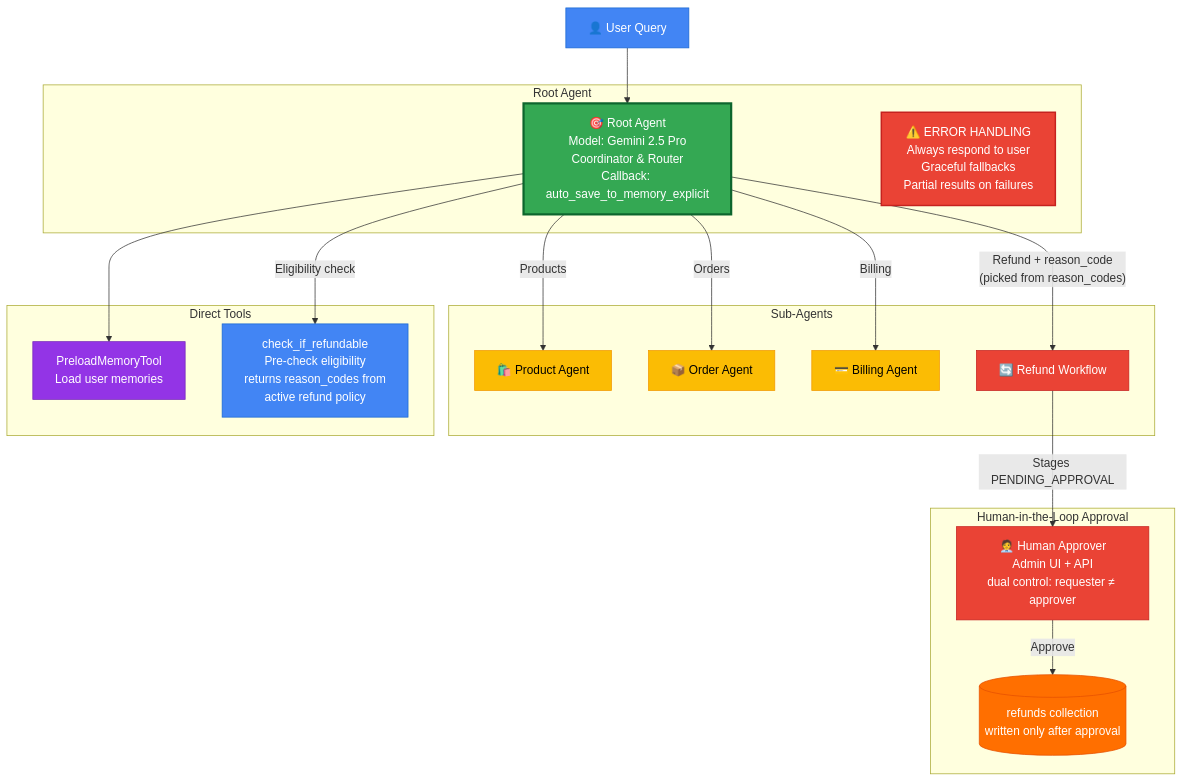
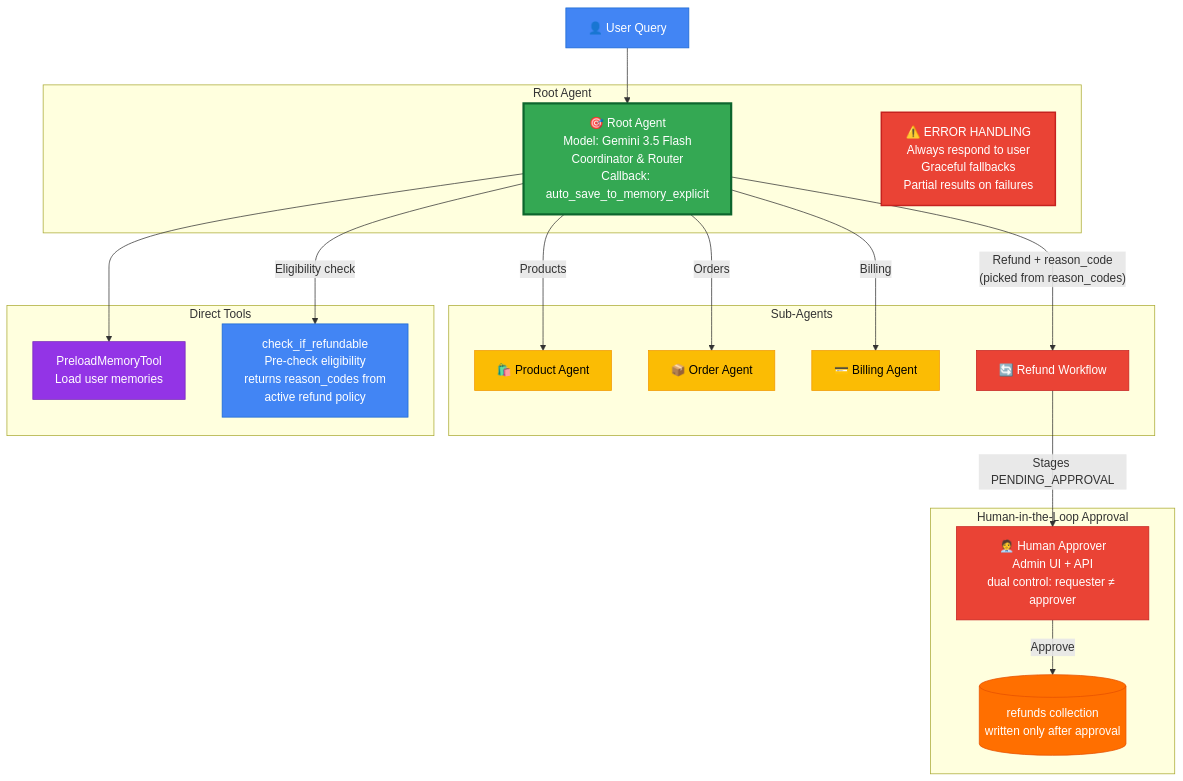
One commit to Saoussen-CH/adk-multiagent-production-template changed the diagram in docs/diagrams/root-agent.mmd. Above: the diagram before and after it, drawn with Mermaid. The commit also changed 10 other files, not shown here.

First line of the commit message:
docs: update stale Gemini 2.5 Pro/Flash references to 3.5 Flash

```diff
--- a/docs/diagrams/root-agent.mmd
+++ b/docs/diagrams/root-agent.mmd
@@ -1,49 +1,49 @@
 %% Root Agent Architecture
 %% Google Cloud Platform Style
 
 graph TB
     subgraph "Root Agent"
-        Agent[🎯 Root Agent<br/>Model: Gemini 2.5 Pro<br/>Coordinator & Router<br/>Callback: auto_save_to_memory_explicit]
+        Agent[🎯 Root Agent<br/>Model: Gemini 3.5 Flash<br/>Coordinator & Router<br/>Callback: auto_save_to_memory_explicit]
         ErrorHandling[⚠️ ERROR HANDLING<br/>Always respond to user<br/>Graceful fallbacks<br/>Partial results on failures]
     end
 
     subgraph "Sub-Agents"
         Product[🛍️ Product Agent]
         Order[📦 Order Agent]
         Billing[💳 Billing Agent]
         Refund[🔄 Refund Workflow]
     end
 
     subgraph "Direct Tools"
         PreloadMem[PreloadMemoryTool<br/>Load user memories]
         CheckRefundable[check_if_refundable<br/>Pre-check eligibility<br/>returns reason_codes from<br/>active refund policy]
     end
 
     subgraph "Human-in-the-Loop Approval"
         Approver[🧑‍💼 Human Approver<br/>Admin UI + API<br/>dual control: requester ≠ approver]
         RefundsDB[(refunds collection<br/>written only after approval)]
     end
 
     User[👤 User Query] --> Agent
 
     Agent -->|Products| Product
     Agent -->|Orders| Order
     Agent -->|Billing| Billing
     Agent -->|Eligibility check| CheckRefundable
     Agent -->|"Refund + reason_code<br/>(picked from reason_codes)"| Refund
     Agent --> PreloadMem
 
     Refund -->|Stages PENDING_APPROVAL| Approver
     Approver -->|Approve| RefundsDB
 
     style User fill:#4285F4,stroke:#1967D2,color:#fff
     style Agent fill:#34A853,stroke:#0D652D,color:#fff,stroke-width:3px
     style ErrorHandling fill:#EA4335,stroke:#C5221F,color:#fff,stroke-width:2px
     style Product fill:#FBBC04,stroke:#F29900,color:#000
     style Order fill:#FBBC04,stroke:#F29900,color:#000
     style Billing fill:#FBBC04,stroke:#F29900,color:#000
     style Refund fill:#EA4335,stroke:#C5221F,color:#fff
     style PreloadMem fill:#9334E6,stroke:#7627BB,color:#fff
     style CheckRefundable fill:#4285F4,stroke:#1967D2,color:#fff
     style Approver fill:#EA4335,stroke:#C5221F,color:#fff
     style RefundsDB fill:#FF6F00,stroke:#E65100,color:#fff
```
